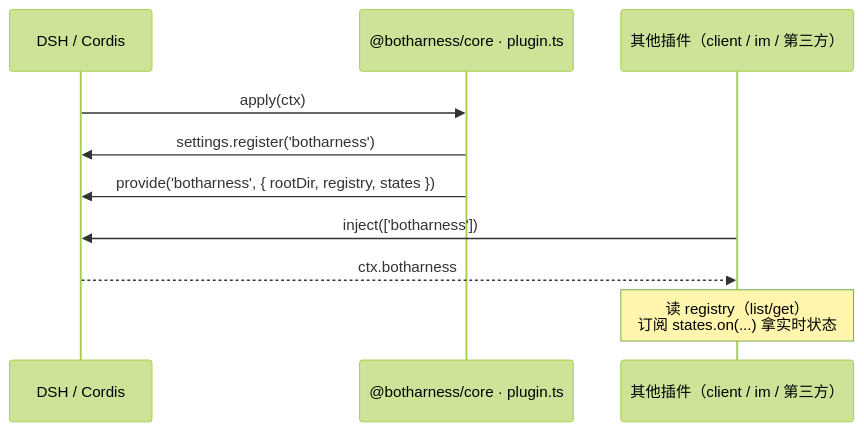
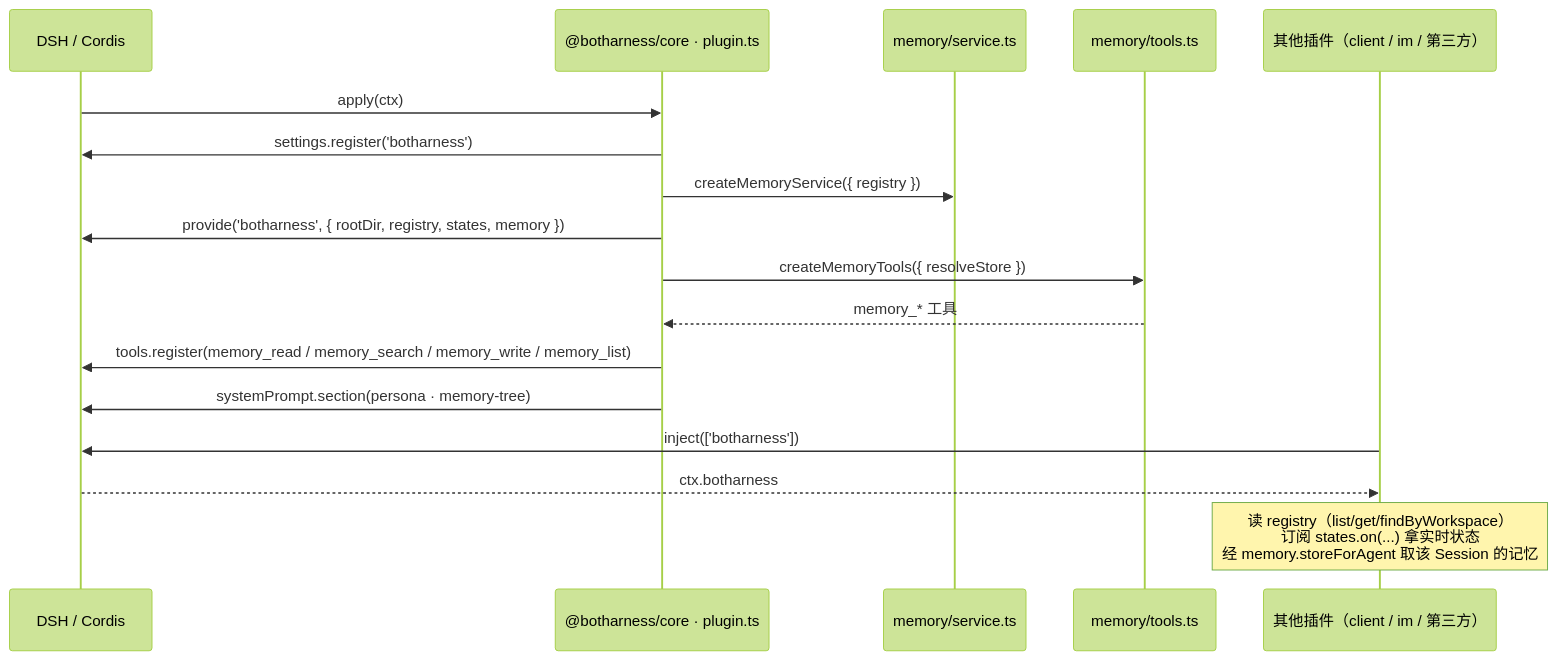
Before and after one commit to BotHarness/BotHarness: the diagram in docs/architecture/diagrams/03-boot.mmd, drawn with Mermaid (forest theme). The commit also changed 51 other files, not shown here.

First line of the commit message:
feat(core): M2 记忆 MVP（store / tools / git / prompt 注入） (#22)

```diff
--- a/docs/architecture/diagrams/03-boot.mmd
+++ b/docs/architecture/diagrams/03-boot.mmd
@@ -1,11 +1,18 @@
 sequenceDiagram
   participant D as DSH / Cordis
   participant P as @botharness/core · plugin.ts
+  participant M as memory/service.ts
+  participant T as memory/tools.ts
   participant O as 其他插件（client / im / 第三方）
 
   D->>P: apply(ctx)
   P->>D: settings.register('botharness')
-  P->>D: provide('botharness', { rootDir, registry, states })
+  P->>M: createMemoryService({ registry })
+  P->>D: provide('botharness', { rootDir, registry, states, memory })
+  P->>T: createMemoryTools({ resolveStore })
+  T-->>P: memory_* 工具
+  P->>D: tools.register(memory_read / memory_search / memory_write / memory_list)
+  P->>D: systemPrompt.section(persona · memory-tree)
   O->>D: inject(['botharness'])
   D-->>O: ctx.botharness
-  Note over O: 读 registry（list/get）<br/>订阅 states.on(...) 拿实时状态
+  Note over O: 读 registry（list/get/findByWorkspace）<br/>订阅 states.on(...) 拿实时状态<br/>经 memory.storeForAgent 取该 Session 的记忆
```
